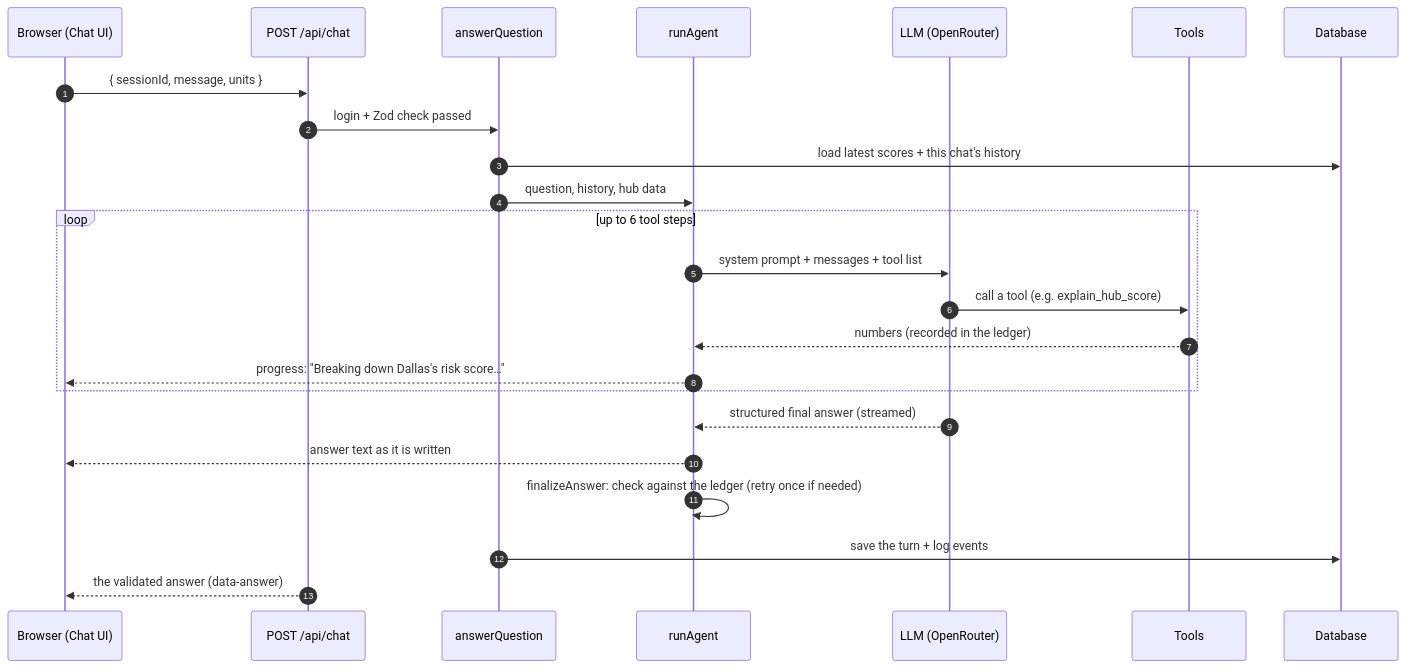
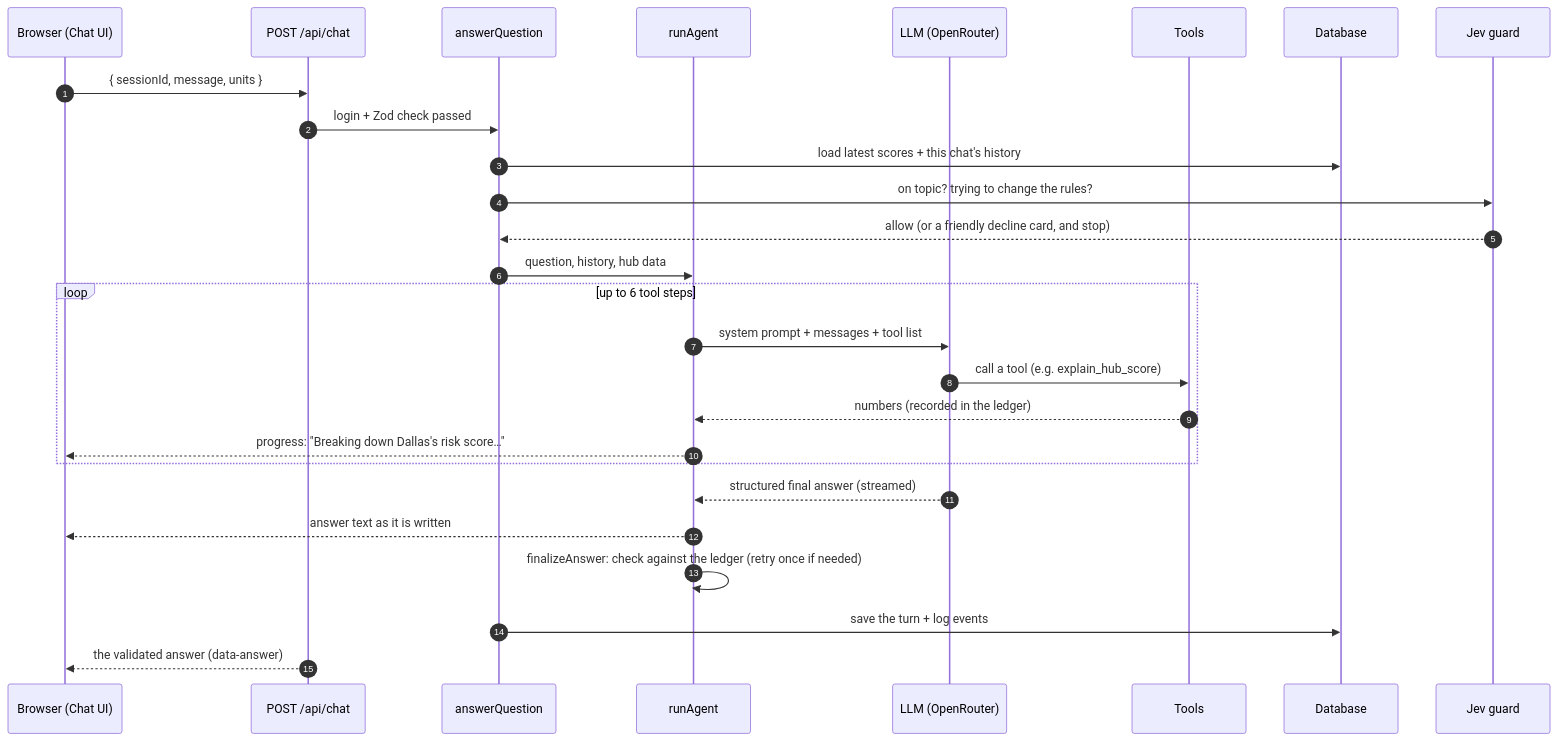
The second of 2 diagrams in docs/design.md (yardenfarag/Home-Assignment-Moveo), drawn with Mermaid before and after one commit. The commit also changed other lines of this file and 19 other files, not shown here.

First line of the commit message:
feat(step-11): Jev out-of-scope and manipulation guard

````diff
--- a/docs/design.md
+++ b/docs/design.md
@@ -110,26 +113,29 @@
 ```mermaid
 sequenceDiagram
   autonumber
   participant B as Browser (Chat UI)
   participant R as POST /api/chat
   participant Q as answerQuestion
   participant A as runAgent
   participant L as LLM (OpenRouter)
   participant T as Tools
   participant D as Database
+  participant G as Jev guard
   B->>R: { sessionId, message, units }
   R->>Q: login + Zod check passed
   Q->>D: load latest scores + this chat's history
+  Q->>G: on topic? trying to change the rules?
+  G-->>Q: allow (or a friendly decline card, and stop)
   Q->>A: question, history, hub data
   loop up to 6 tool steps
     A->>L: system prompt + messages + tool list
     L->>T: call a tool (e.g. explain_hub_score)
     T-->>A: numbers (recorded in the ledger)
     A-->>B: progress: "Breaking down Dallas's risk score…"
   end
   L-->>A: structured final answer (streamed)
   A-->>B: answer text as it is written
   A->>A: finalizeAnswer: check against the ledger (retry once if needed)
   Q->>D: save the turn + log events
   R-->>B: the validated answer (data-answer)
 ```
````
